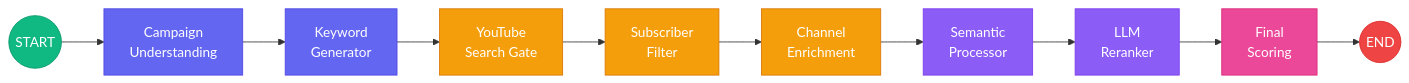
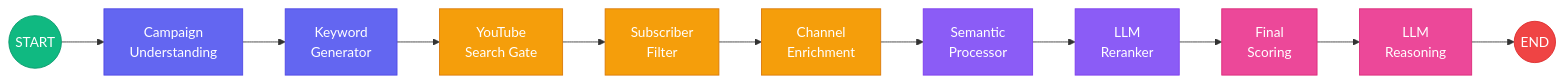
Before and after one commit to Srijan76-code/ReachAi-InfluencerMarketing: the second of 2 diagrams in README.md, drawn with Mermaid. The commit also changed other lines of this file and 8 other files, not shown here.

````diff
--- a/README.md
+++ b/README.md
@@ -72,23 +142,25 @@
 ```mermaid
 graph LR
     START((START)) --> A[Campaign<br/>Understanding]
     A --> B[Keyword<br/>Generator]
     B --> C[YouTube<br/>Search Gate]
     C --> D[Subscriber<br/>Filter]
     D --> E[Channel<br/>Enrichment]
     E --> F[Semantic<br/>Processor]
     F --> G[LLM<br/>Reranker]
     G --> H[Final<br/>Scoring]
-    H --> END((END))
+    H --> I[LLM<br/>Reasoning]
+    I --> END((END))
 
     style START fill:#10b981,stroke:#059669,color:#fff
     style END fill:#ef4444,stroke:#dc2626,color:#fff
     style A fill:#6366f1,stroke:#4f46e5,color:#fff
     style B fill:#6366f1,stroke:#4f46e5,color:#fff
     style C fill:#f59e0b,stroke:#d97706,color:#fff
     style D fill:#f59e0b,stroke:#d97706,color:#fff
     style E fill:#f59e0b,stroke:#d97706,color:#fff
     style F fill:#8b5cf6,stroke:#7c3aed,color:#fff
     style G fill:#8b5cf6,stroke:#7c3aed,color:#fff
     style H fill:#ec4899,stroke:#db2777,color:#fff
+    style I fill:#ec4899,stroke:#db2777,color:#fff
 ```
````
